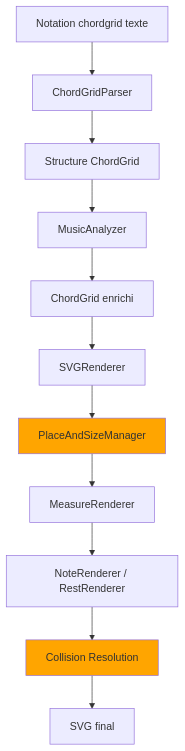
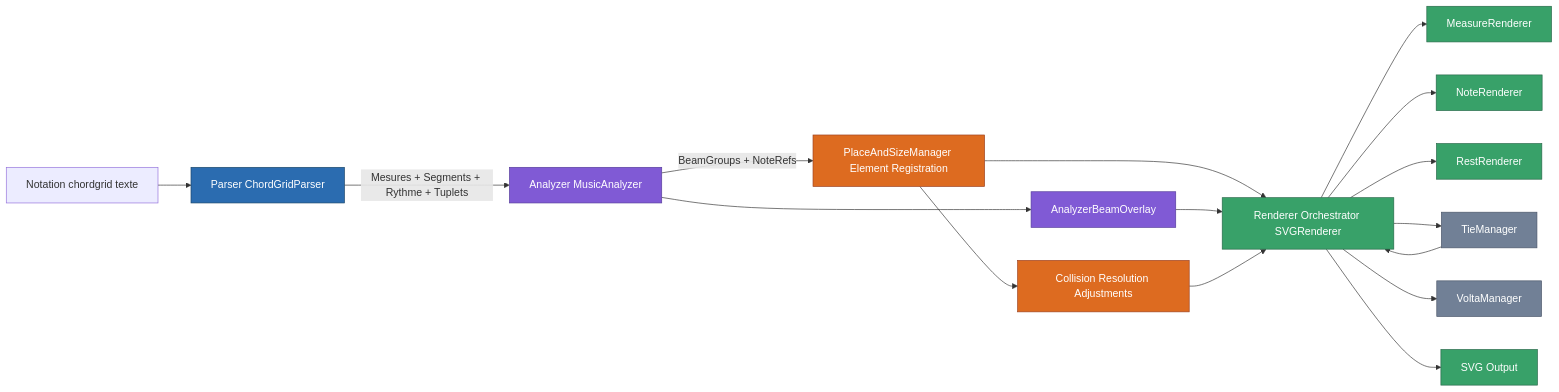
One commit to MathieuCGit/ChordGrid_for_Obsidian changed the diagram in documentation/ARCHITECTURE_[Fr].md. Above: the diagram before and after it, drawn with Mermaid. The commit also changed other lines of this file, not shown here.

Commit message:
docs: synchronize French Mermaid diagram with English version

````diff
--- a/documentation/ARCHITECTURE_[Fr].md
+++ b/documentation/ARCHITECTURE_[Fr].md
@@ -94,16 +90,29 @@
 ```mermaid
-graph TD
-    A[Notation chordgrid texte] --> B[ChordGridParser]
-    B --> C[Structure ChordGrid]
-    C --> D[MusicAnalyzer]
-    D --> E[ChordGrid enrichi]
-    E --> F[SVGRenderer]
-    F --> G[PlaceAndSizeManager]
-    G --> H[MeasureRenderer]
-    H --> I[NoteRenderer / RestRenderer]
-    I --> J[Collision Resolution]
-    J --> K[SVG final]
-    
-    style G fill:#ffa500
-    style J fill:#ffa500
+flowchart LR
+    A[Notation chordgrid texte] --> B[Parser ChordGridParser]
+    B -->|Mesures + Segments + Rythme + Tuplets| C[Analyzer MusicAnalyzer]
+    C -->|BeamGroups + NoteRefs| D[PlaceAndSizeManager Element Registration]
+    D --> E[Renderer Orchestrator SVGRenderer]
+    E --> F[MeasureRenderer]
+    E --> G[NoteRenderer]
+    E --> H[RestRenderer]
+    E --> I[TieManager]
+    E --> K[VoltaManager]
+    C --> J[AnalyzerBeamOverlay]
+    J --> E
+    I --> E
+    D --> L[Collision Resolution Adjustments]
+    L --> E
+    E --> Z[SVG Output]
+
+    classDef parser fill:#2b6cb0,stroke:#1a4568,stroke-width:1,color:#fff;
+    classDef analyzer fill:#805ad5,stroke:#553c9a,color:#fff;
+    classDef collision fill:#dd6b20,stroke:#9c4221,color:#fff;
+    classDef renderer fill:#38a169,stroke:#276749,color:#fff;
+    classDef util fill:#718096,stroke:#4a5568,color:#fff;
+    class B parser;
+    class C,J analyzer;
+    class D,L collision;
+    class E,F,G,H,Z renderer;
+    class I,K util;
 ```
````
